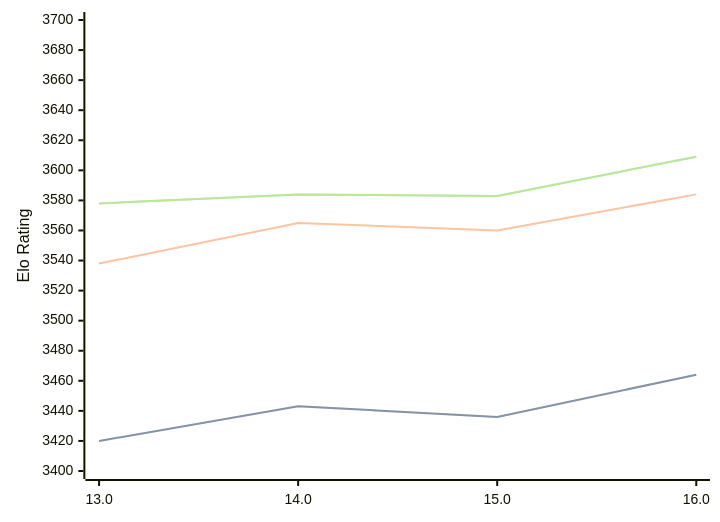
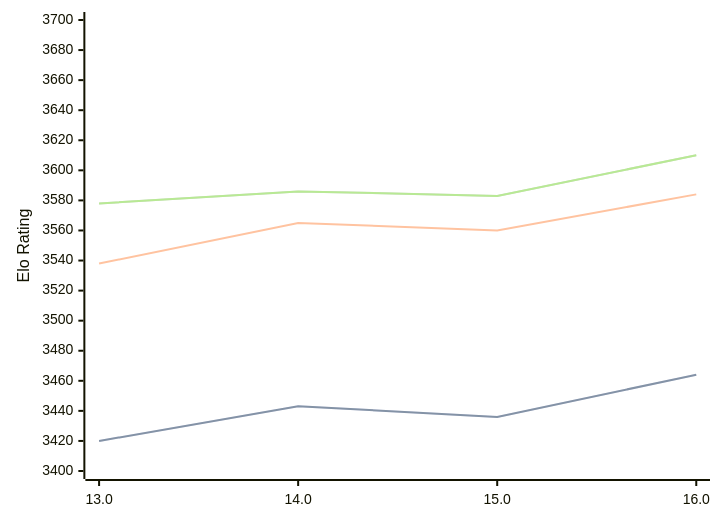
The diagram in engines/Obsidian.md (computer-chess-index/cci), drawn with Mermaid before and after one commit. The commit also changed other lines of this file, not shown here.

Commit message:
Update CCI Ratings (ELO VLTC) - 2026-04-12

````diff
--- a/engines/Obsidian.md
+++ b/engines/Obsidian.md
@@ -43,11 +43,11 @@
 ```mermaid
 %%{init: {"theme":"base","themeVariables":{"seriesColors:['#a3a3a3','#222221','#faa371']}}}%%
 xychart-beta
   x-axis ["13.0", "14.0", "15.0", "16.0"]
   y-axis "Elo Rating" 3400 --> 3700
   line "STC (8.0+0.08s)" [3420, 3443, 3436, 3464]
   line "STC (8.0+0.08s)" [3420, 3443, 3436, 3464]
   line "LTC (60.0+0.60s)" [3538, 3565, 3560, 3584]
-  line "VLTC (2m24s+1.12s)" [3578, 3584, 3583, 3609]
-  line "VLTC (2m24s+1.12s)" [3578, 3584, 3583, 3609]
+  line "VLTC (2m24s+1.12s)" [3578, 3586, 3583, 3610]
+  line "VLTC (2m24s+1.12s)" [3578, 3586, 3583, 3610]
 ```
````
